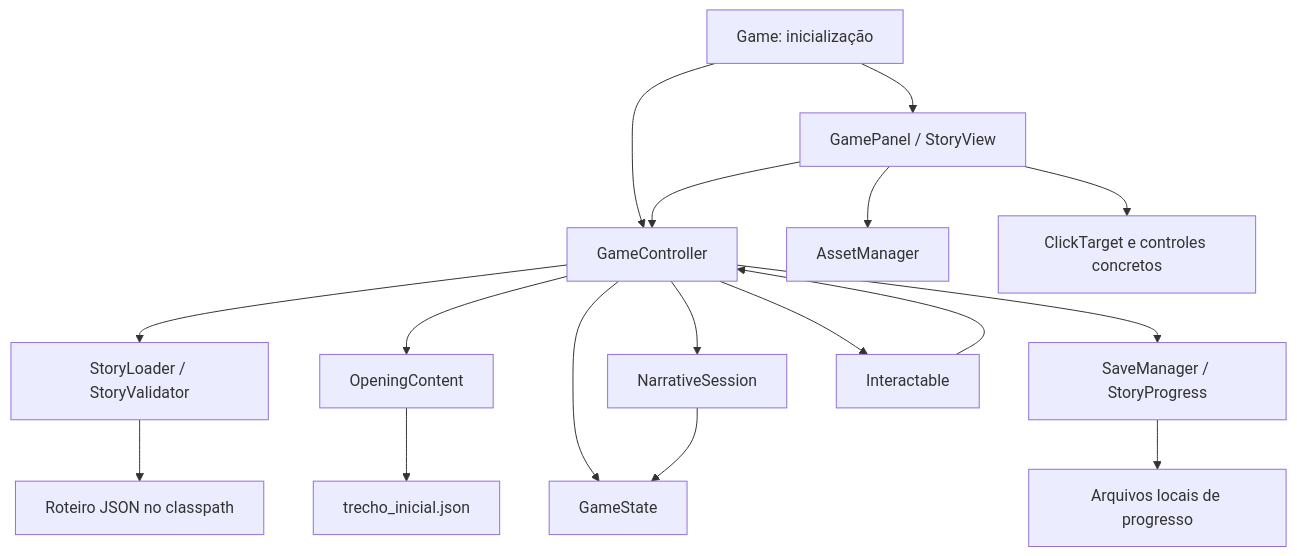
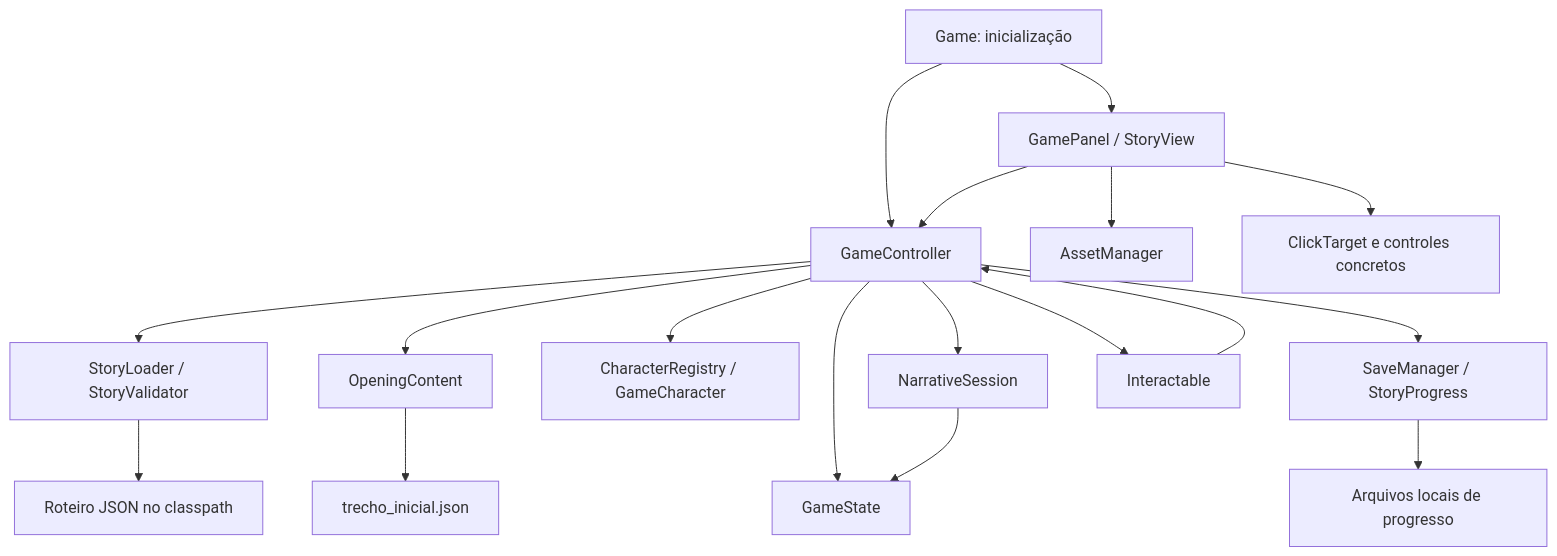
Before and after one commit to FelipeNRamalho/a-biblioteca-das-almas-java: the first of 2 diagrams in docs/documentacao-academica.md, drawn with Mermaid. The commit also changed other lines of this file and 9 other files, not shown here.

````diff
--- a/docs/documentacao-academica.md
+++ b/docs/documentacao-academica.md
@@ -142,19 +172,20 @@
 ```mermaid
 flowchart TD
     Game[Game: inicialização] --> Panel[GamePanel / StoryView]
     Game --> Controller[GameController]
     Panel --> Controller
     Panel --> Assets[AssetManager]
     Panel --> Controls[ClickTarget e controles concretos]
     Controller --> Loader[StoryLoader / StoryValidator]
     Loader --> JSON[Roteiro JSON no classpath]
     Controller --> Opening[OpeningContent]
+    Controller --> Characters[CharacterRegistry / GameCharacter]
     Opening --> Manifest[trecho_inicial.json]
     Controller --> Session[NarrativeSession]
     Controller --> State[GameState]
     Session --> State
     Controller --> Save[SaveManager / StoryProgress]
     Save --> Files[Arquivos locais de progresso]
     Controller --> Interaction[Interactable]
     Interaction --> Controller
 ```
````
